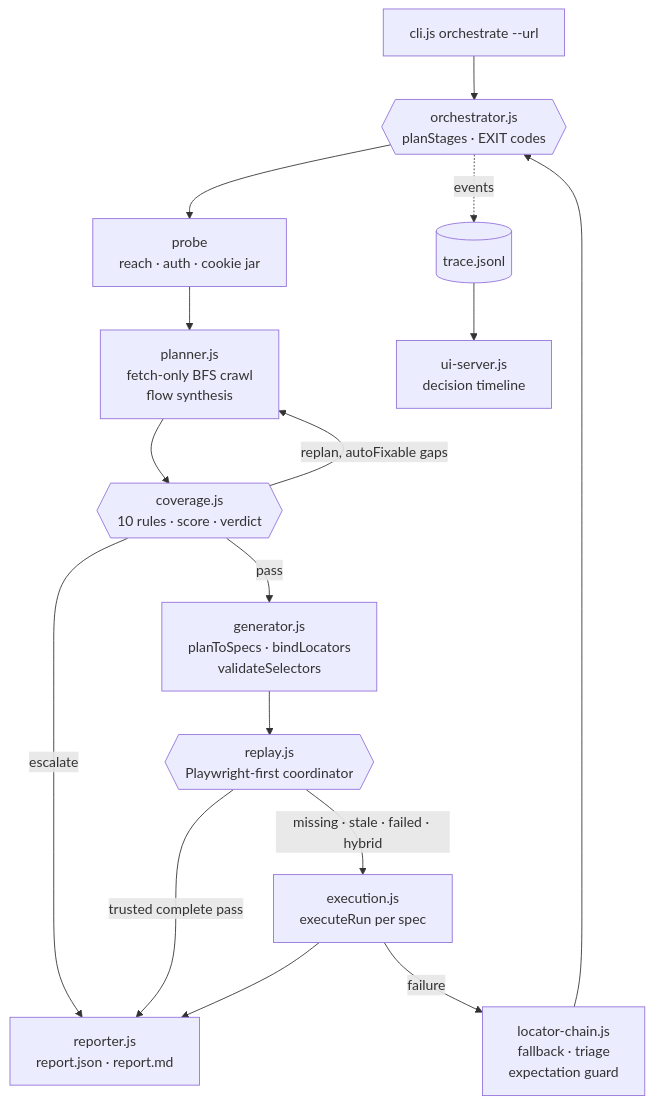
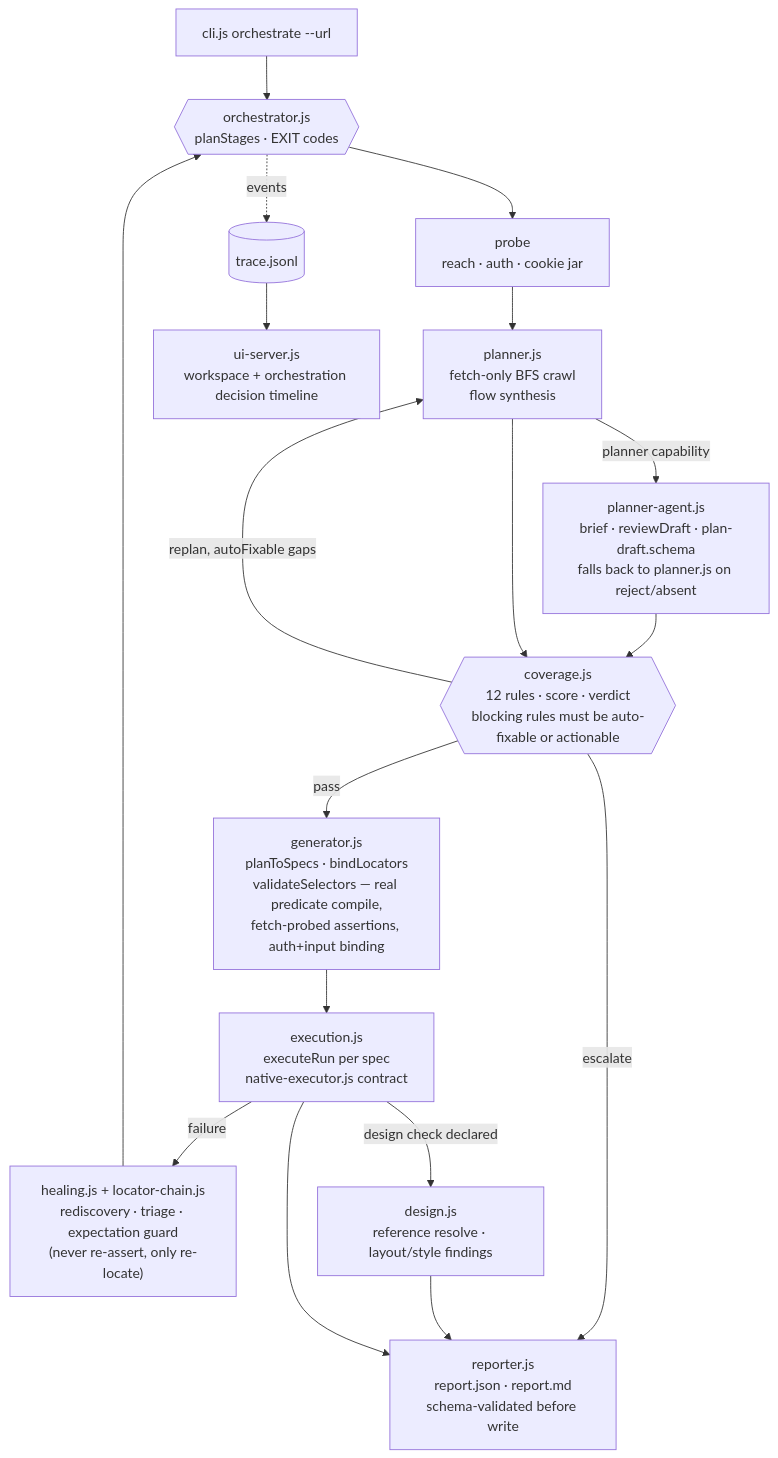
Before and after one commit to sudip-mondal-2002/Automated-QA: the diagram in docs/architecture.md, drawn with Mermaid. The commit also changed other lines of this file and 64 other files, not shown here.

````diff
--- a/docs/architecture.md
+++ b/docs/architecture.md
@@ -3,18 +3,20 @@
 ```mermaid
 flowchart TB
   CLI["cli.js orchestrate --url"] --> ORC{{"orchestrator.js<br/>planStages · EXIT codes"}}
   ORC --> PROBE["probe<br/>reach · auth · cookie jar"]
   PROBE --> PLAN["planner.js<br/>fetch-only BFS crawl<br/>flow synthesis"]
-  PLAN --> GATE{{"coverage.js<br/>10 rules · score · verdict"}}
+  PLAN -->|"planner capability"| PAGENT["planner-agent.js<br/>brief · reviewDraft · plan-draft.schema<br/>falls back to planner.js on reject/absent"]
+  PAGENT --> GATE
+  PLAN --> GATE{{"coverage.js<br/>12 rules · score · verdict<br/>blocking rules must be auto-fixable or actionable"}}
   GATE -->|replan, autoFixable gaps| PLAN
   GATE -->|escalate| REP
-  GATE -->|pass| GEN["generator.js<br/>planToSpecs · bindLocators<br/>validateSelectors"]
-  GEN --> COORD{{"replay.js<br/>Playwright-first coordinator"}}
-  COORD -->|trusted complete pass| REP
-  COORD -->|missing · stale · failed · hybrid| RUN["execution.js<br/>executeRun per spec"]
-  RUN -->|failure| HEAL["locator-chain.js<br/>fallback · triage<br/>expectation guard"]
+  GATE -->|pass| GEN["generator.js<br/>planToSpecs · bindLocators<br/>validateSelectors — real predicate compile,<br/>fetch-probed assertions, auth+input binding"]
+  GEN --> RUN["execution.js<br/>executeRun per spec<br/>native-executor.js contract"]
+  RUN -->|failure| HEAL["healing.js + locator-chain.js<br/>rediscovery · triage · expectation guard<br/>(never re-assert, only re-locate)"]
   HEAL --> ORC
-  RUN --> REP["reporter.js<br/>report.json · report.md"]
+  RUN -->|design check declared| DESIGN["design.js<br/>reference resolve · layout/style findings"]
+  DESIGN --> REP
+  RUN --> REP["reporter.js<br/>report.json · report.md<br/>schema-validated before write"]
   ORC -.->|events| TR[("trace.jsonl")]
-  TR --> UI["ui-server.js<br/>decision timeline"]
+  TR --> UI["ui-server.js<br/>workspace + orchestration decision timeline"]
 ```
````
